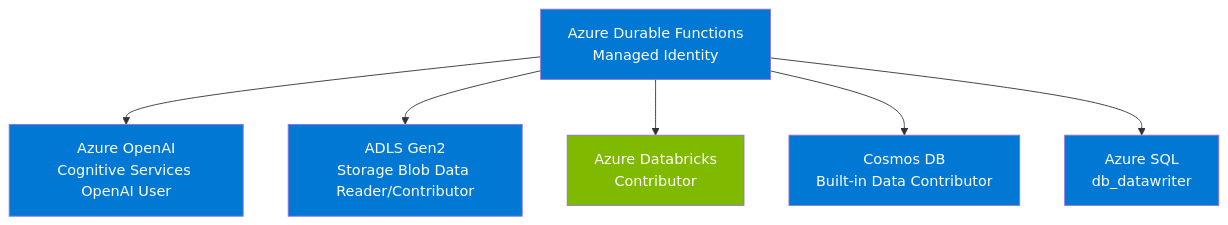
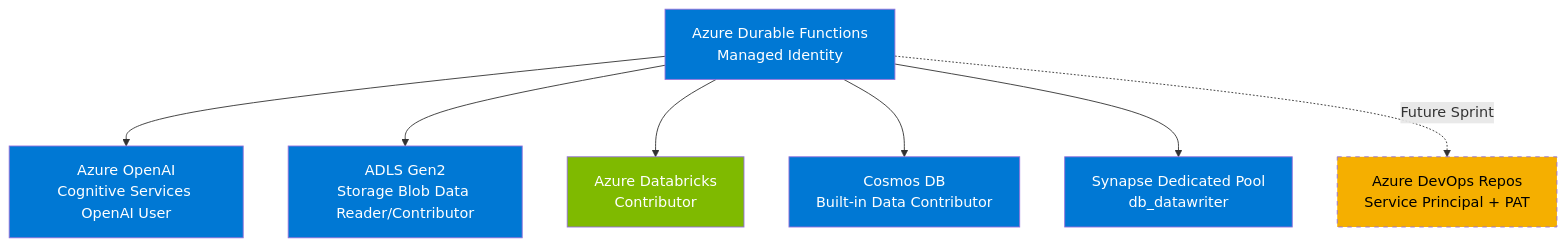
One commit to DanGiannone1/data-engineering-agent changed the third of 5 diagrams in docs/design.md. Above: the diagram before and after it, drawn with Mermaid. The commit also changed other lines of this file and 1 other file, not shown here.

First line of the commit message:
Comprehensive design.md rewrite: direct tools, per-client approved code, Synapse dedicated pool

````diff
--- a/docs/design.md
+++ b/docs/design.md
@@ -313,15 +367,17 @@
 ```mermaid
 graph TD
     DF[Azure Durable Functions<br/>Managed Identity] --> OAI[Azure OpenAI<br/>Cognitive Services OpenAI User]
     DF --> ADLS[ADLS Gen2<br/>Storage Blob Data Reader/Contributor]
     DF --> DB[Azure Databricks<br/>Contributor]
     DF --> CDB[Cosmos DB<br/>Built-in Data Contributor]
-    DF --> SQL[Azure SQL<br/>db_datawriter]
+    DF --> SYN[Synapse Dedicated Pool<br/>db_datawriter]
+    DF -.->|Future Sprint| ADO[Azure DevOps Repos<br/>Service Principal + PAT]
 
     style DF fill:#0078d4,color:#fff
     style OAI fill:#0078d4,color:#fff
     style ADLS fill:#0078d4,color:#fff
     style DB fill:#7fba00,color:#fff
     style CDB fill:#0078d4,color:#fff
-    style SQL fill:#0078d4,color:#fff
+    style SYN fill:#0078d4,color:#fff
+    style ADO fill:#f5af00,color:#000,stroke-dasharray: 5 5
 ```
````
